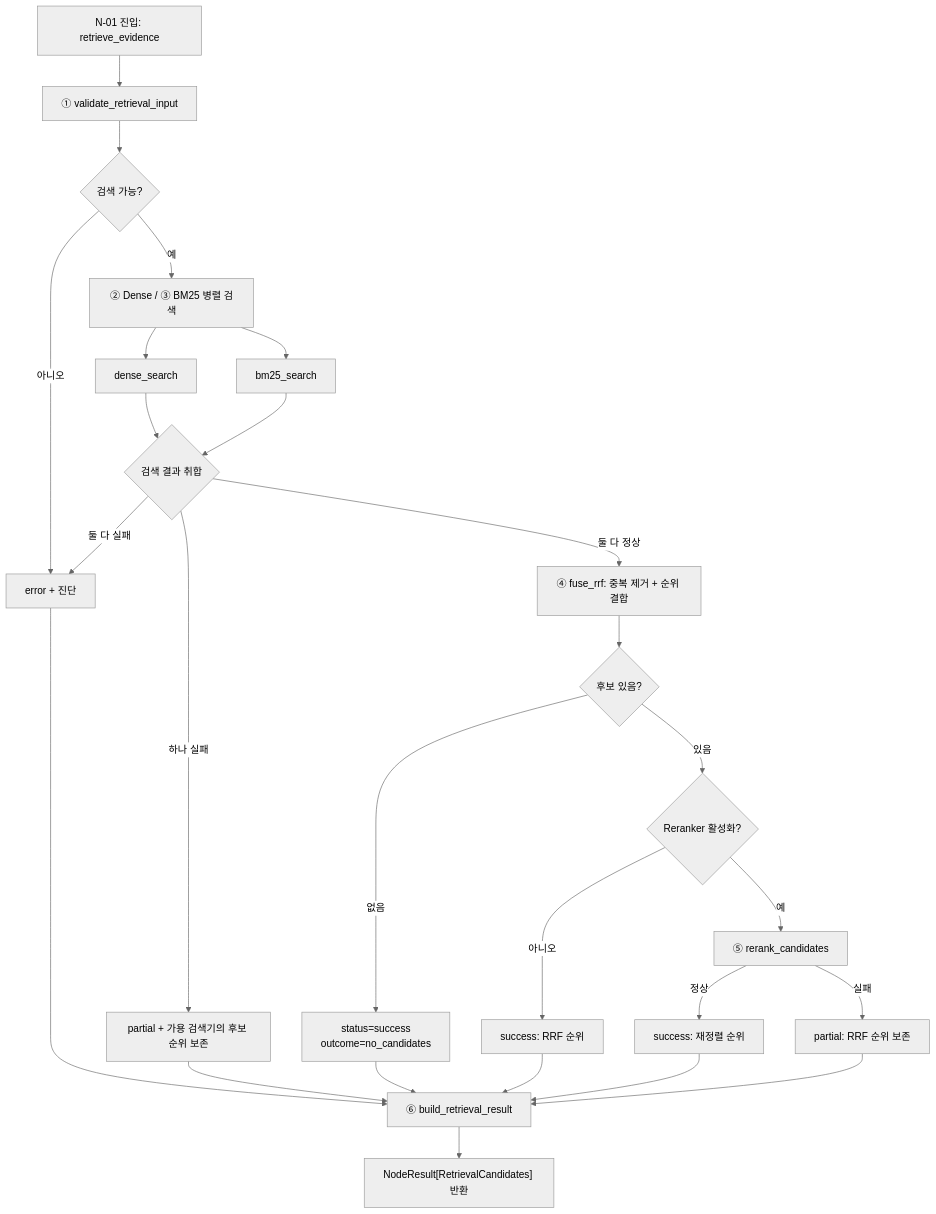
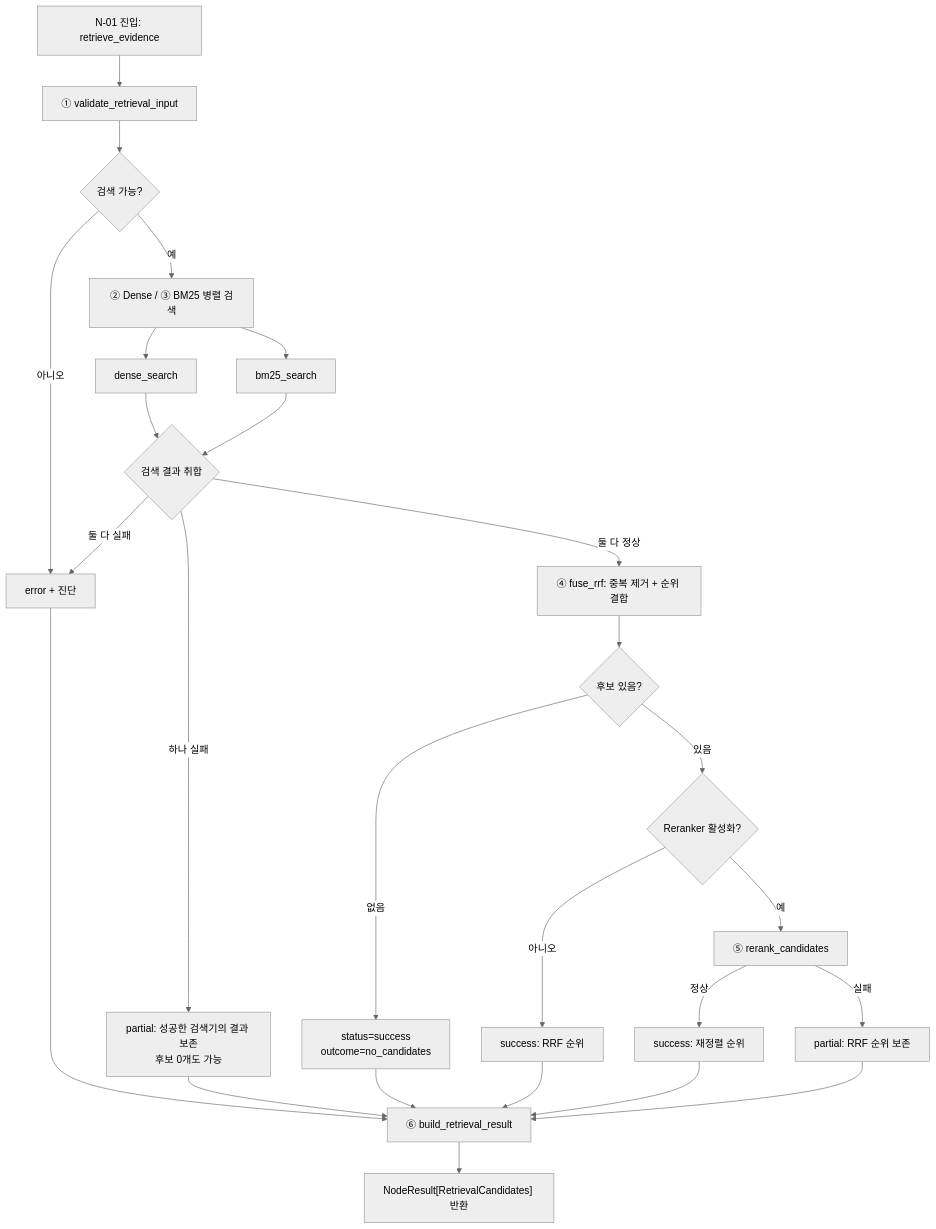
One commit to Jungminii-1114/P_Project_t5 changed the first of 2 diagrams in docs/small-nodes/N-01.md. Above: the diagram before and after it, drawn with Mermaid (neutral theme). The commit also changed other lines of this file and 2 other files, not shown here.

Commit message:
docs: finalize N-01 empty-result and partial-search outcome contract

````diff
--- a/docs/small-nodes/N-01.md
+++ b/docs/small-nodes/N-01.md
@@ -50,28 +50,28 @@
 ```mermaid
 flowchart TD
     A["N-01 진입: retrieve_evidence"] --> B["① validate_retrieval_input"]
     B --> C{"검색 가능?"}
     C -->|아니오| X["error + 진단"]
     C -->|예| P["② Dense / ③ BM25 병렬 검색"]
     P --> D["dense_search"]
     P --> E["bm25_search"]
     D --> F{"검색 결과 취합"}
     E --> F
     F -->|둘 다 실패| X
-    F -->|하나 실패| PF["partial + 가용 검색기의 후보 순위 보존"]
+    F -->|하나 실패| PF["partial: 성공한 검색기의 결과 보존<br/>후보 0개도 가능"]
     F -->|둘 다 정상| G["④ fuse_rrf: 중복 제거 + 순위 결합"]
     G --> H{"후보 있음?"}
     H -->|없음| Z["status=success<br/>outcome=no_candidates"]
     H -->|있음| I{"Reranker 활성화?"}
     I -->|아니오| S["success: RRF 순위"]
     I -->|예| J["⑤ rerank_candidates"]
     J -->|정상| S2["success: 재정렬 순위"]
     J -->|실패| RF["partial: RRF 순위 보존"]
     PF --> O["⑥ build_retrieval_result"]
     Z --> O
     S --> O
     S2 --> O
     RF --> O
     X --> O
     O --> R["NodeResult[RetrievalCandidates] 반환"]
 ```
````
